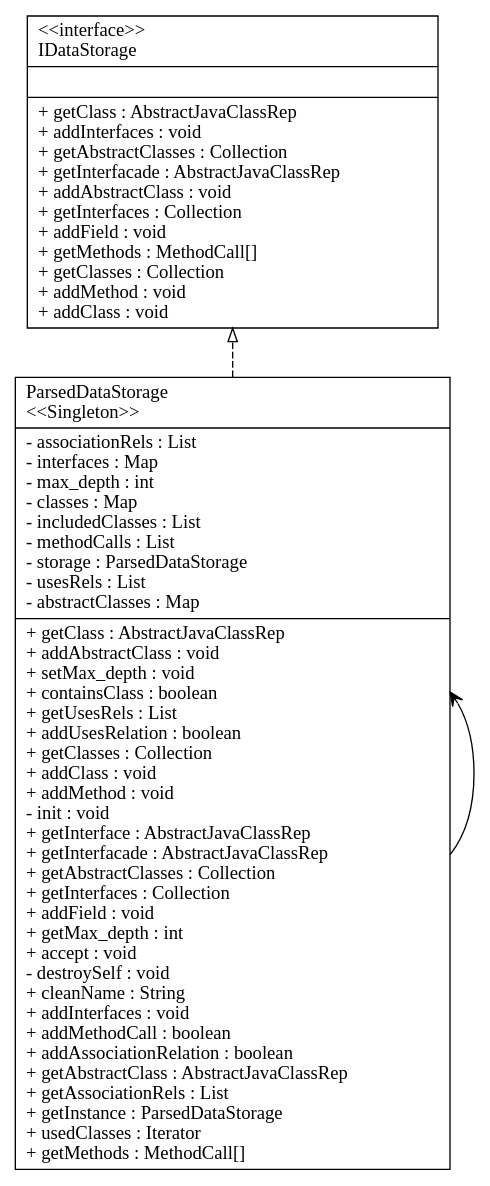
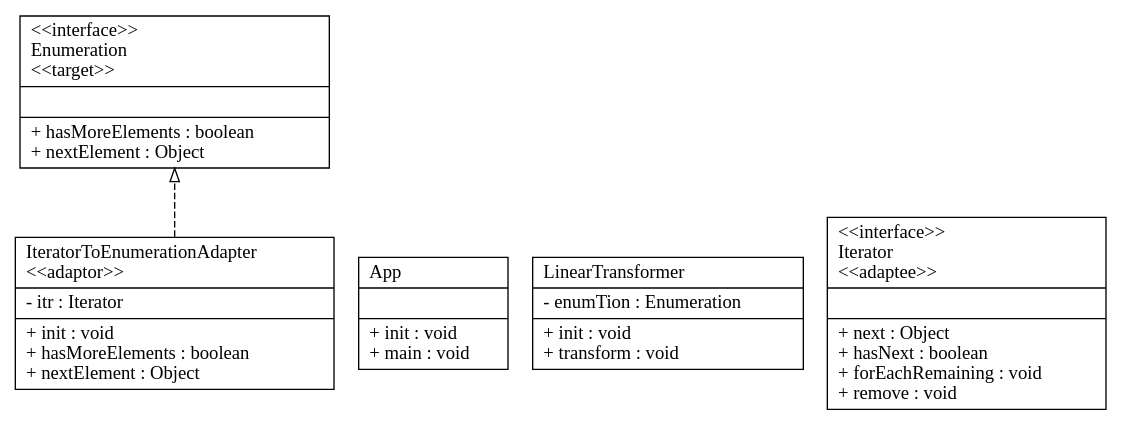
The diagram in graph_text/generated_graph.gv (cbudo/UMLCreator), drawn with Graphviz before and after one commit. The commit also changed 43 other files, not shown here.

```diff
--- a/graph_text/generated_graph.gv
+++ b/graph_text/generated_graph.gv
@@ -1,63 +1,44 @@
 digraph UML_Diagram
 {
 rankdir=BT;
 
-ParsedDataStorage [
+IteratorToEnumerationAdapter [
 shape = "record", color="black",
-label = "{ParsedDataStorage\l\<\<Singleton\>\>\l|
-- associationRels : List\l
-- interfaces : Map\l
-- max_depth : int\l
-- classes : Map\l
-- includedClasses : List\l
-- methodCalls : List\l
-- storage : ParsedDataStorage\l
-- usesRels : List\l
-- abstractClasses : Map\l
-|+ getClass : AbstractJavaClassRep\l
-+ addAbstractClass : void\l
-+ setMax_depth : void\l
-+ containsClass : boolean\l
-+ getUsesRels : List\l
-+ addUsesRelation : boolean\l
-+ getClasses : Collection\l
-+ addClass : void\l
-+ addMethod : void\l
-- init : void\l
-+ getInterface : AbstractJavaClassRep\l
-+ getInterfacade : AbstractJavaClassRep\l
-+ getAbstractClasses : Collection\l
-+ getInterfaces : Collection\l
-+ addField : void\l
-+ getMax_depth : int\l
-+ accept : void\l
-- destroySelf : void\l
-+ cleanName : String\l
-+ addInterfaces : void\l
-+ addMethodCall : boolean\l
-+ addAssociationRelation : boolean\l
-+ getAbstractClass : AbstractJavaClassRep\l
-+ getAssociationRels : List\l
-+ getInstance : ParsedDataStorage\l
-+ usedClasses : Iterator\l
-+ getMethods : MethodCall[]\l
+label = "{IteratorToEnumerationAdapter\l\<\<adaptor\>\>\l|
+- itr : Iterator\l
+|+ init : void\l
++ hasMoreElements : boolean\l
++ nextElement : Object\l
 }"];
-ParsedDataStorage -> IDataStorage [arrowhead="onormal", style="dashed"];
+IteratorToEnumerationAdapter -> Enumeration [arrowhead="onormal", style="dashed"];
 
-IDataStorage [
+App [
+shape = "record", color="black",
+label = "{App\l|
+|+ init : void\l
++ main : void\l
+}"];
+
+LinearTransformer [
+shape = "record", color="black",
+label = "{LinearTransformer\l|
+- enumTion : Enumeration\l
+|+ init : void\l
++ transform : void\l
+}"];
+
+Iterator [
 shape = "record",
-label = "{\<\<interface\>\>\lIDataStorage\l||+ getClass : AbstractJavaClassRep\l
-+ addInterfaces : void\l
-+ getAbstractClasses : Collection\l
-+ getInterfacade : AbstractJavaClassRep\l
-+ addAbstractClass : void\l
-+ getInterfaces : Collection\l
-+ addField : void\l
-+ getMethods : MethodCall[]\l
-+ getClasses : Collection\l
-+ addMethod : void\l
-+ addClass : void\l
+label = "{\<\<interface\>\>\lIterator\l\<\<adaptee\>\>\l||+ next : Object\l
++ hasNext : boolean\l
++ forEachRemaining : void\l
++ remove : void\l
 }"];
-ParsedDataStorage -> ParsedDataStorage [arrowhead="vee", style="solid"];
+
+Enumeration [
+shape = "record",
+label = "{\<\<interface\>\>\lEnumeration\l\<\<target\>\>\l||+ hasMoreElements : boolean\l
++ nextElement : Object\l
+}"];
 
 }
```
